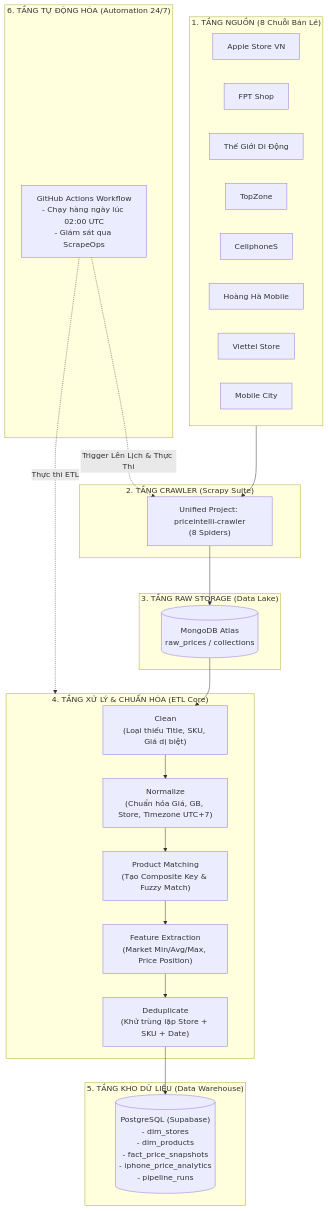
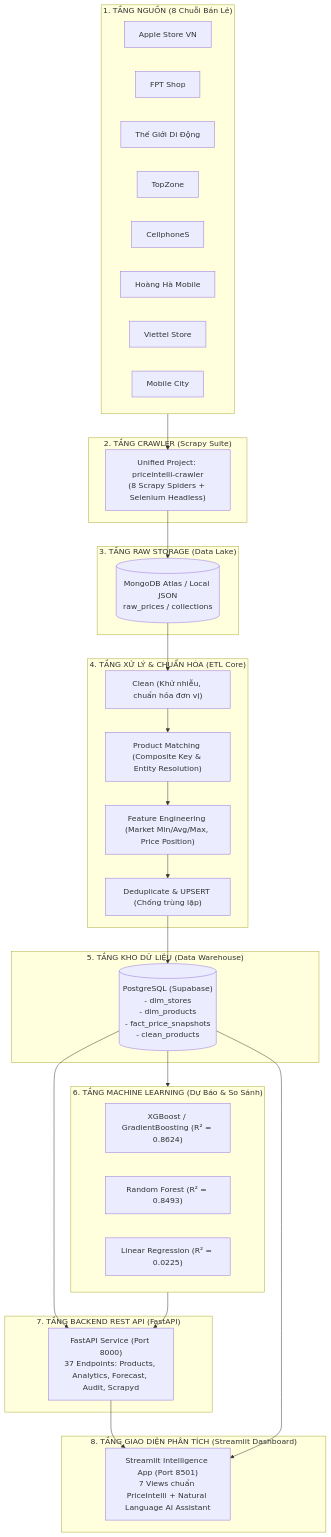
Before and after one commit to bacnxptit/PriceIntelligence: the diagram in README.md, drawn with Mermaid. The commit also changed other lines of this file and 8 other files, not shown here.

````diff
--- a/README.md
+++ b/README.md
@@ -34,48 +37,59 @@
 ```mermaid
 flowchart TD
     subgraph Data_Sources["1. TẦNG NGUỒN (8 Chuỗi Bán Lẻ)"]
         S1["Apple Store VN"]
         S2["FPT Shop"]
         S3["Thế Giới Di Động"]
         S4["TopZone"]
         S5["CellphoneS"]
         S6["Hoàng Hà Mobile"]
         S7["Viettel Store"]
         S8["Mobile City"]
     end
 
     subgraph Crawler_Layer["2. TẦNG CRAWLER (Scrapy Suite)"]
-        SP["Unified Project: priceintelli-crawler<br/>(8 Spiders)"]
+        SP["Unified Project: priceintelli-crawler<br/>(8 Scrapy Spiders + Selenium Headless)"]
     end
 
     subgraph Raw_Layer["3. TẦNG RAW STORAGE (Data Lake)"]
-        MDB[("MongoDB Atlas<br/>raw_prices / collections")]
+        MDB[("MongoDB Atlas / Local JSON<br/>raw_prices / collections")]
     end
 
     subgraph ETL_Layer["4. TẦNG XỬ LÝ & CHUẨN HÓA (ETL Core)"]
-        CL["Clean<br/>(Loại thiếu Title, SKU, Giá dị biệt)"]
-        NORM["Normalize<br/>(Chuẩn hóa Giá, GB, Store, Timezone UTC+7)"]
-        MATCH["Product Matching<br/>(Tạo Composite Key & Fuzzy Match)"]
-        FEAT["Feature Extraction<br/>(Market Min/Avg/Max, Price Position)"]
-        DEDUP["Deduplicate<br/>(Khử trùng lặp Store + SKU + Date)"]
+        CL["Clean (Khử nhiễu, chuẩn hóa đơn vị)"]
+        MATCH["Product Matching (Composite Key & Entity Resolution)"]
+        FEAT["Feature Engineering (Market Min/Avg/Max, Price Position)"]
+        DEDUP["Deduplicate & UPSERT (Chống trùng lặp)"]
     end
 
     subgraph Warehouse_Layer["5. TẦNG KHO DỮ LIỆU (Data Warehouse)"]
-        PG[("PostgreSQL (Supabase)<br/>- dim_stores<br/>- dim_products<br/>- fact_price_snapshots<br/>- iphone_price_analytics<br/>- pipeline_runs")]
+        PG[("PostgreSQL (Supabase)<br/>- dim_stores<br/>- dim_products<br/>- fact_price_snapshots<br/>- clean_products")]
     end
 
-    subgraph Automation_Layer["6. TẦNG TỰ ĐỘNG HÓA (Automation 24/7)"]
-        GHA["GitHub Actions Workflow<br/>- Chạy hàng ngày lúc 02:00 UTC<br/>- Giám sát qua ScrapeOps"]
+    subgraph ML_Layer["6. TẦNG MACHINE LEARNING (Dự Báo & So Sánh)"]
+        XGB["XGBoost / GradientBoosting (R² = 0.8624)"]
+        RF["Random Forest (R² = 0.8493)"]
+        LR["Linear Regression (R² = 0.0225)"]
+    end
+
+    subgraph Backend_Layer["7. TẦNG BACKEND REST API (FastAPI)"]
+        API["FastAPI Service (Port 8000)<br/>37 Endpoints: Products, Analytics, Forecast, Audit, Scrapyd"]
+    end
+
+    subgraph UI_Layer["8. TẦNG GIAO DIỆN PHÂN TÍCH (Streamlit Dashboard)"]
+        ST["Streamlit Intelligence App (Port 8501)<br/>7 Views chuẩn PriceIntelli + Natural Language AI Assistant"]
     end
 
     Data_Sources --> SP
     SP --> MDB
     MDB --> CL
-    CL --> NORM
-    NORM --> MATCH
+    CL --> MATCH
     MATCH --> FEAT
     FEAT --> DEDUP
     DEDUP --> PG
-    GHA -. "Trigger Lên Lịch & Thực Thi" .-> SP
-    GHA -. "Thực thi ETL" .-> ETL_Layer
+    PG --> ML_Layer
+    PG --> API
+    ML_Layer --> API
+    API --> ST
+    PG --> ST
 ```
````
